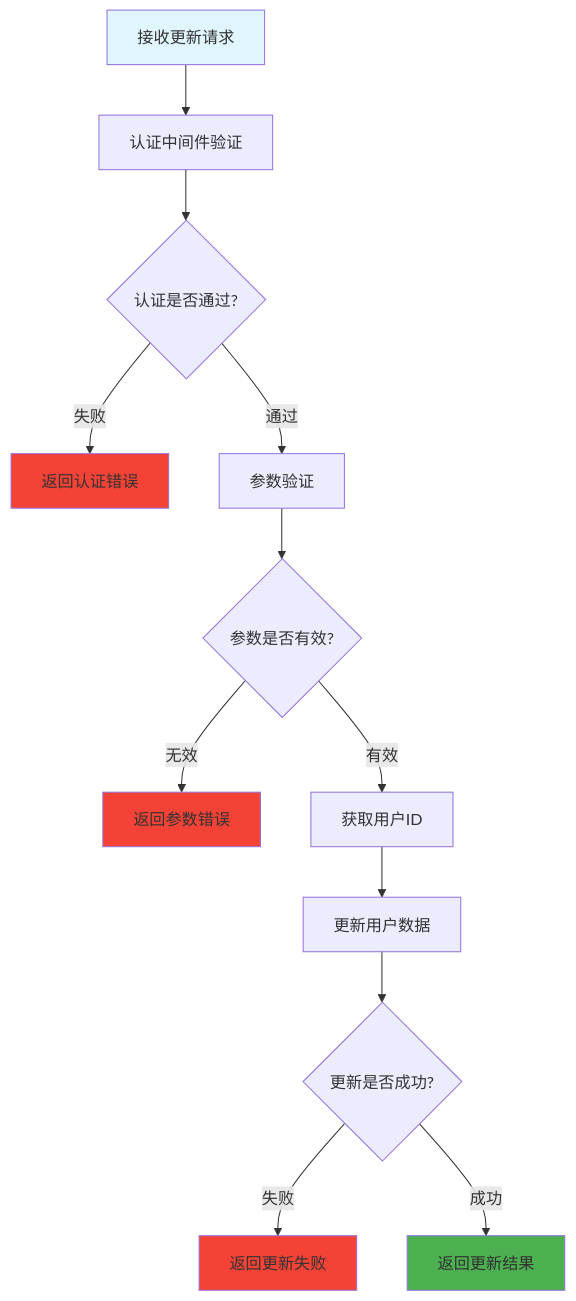
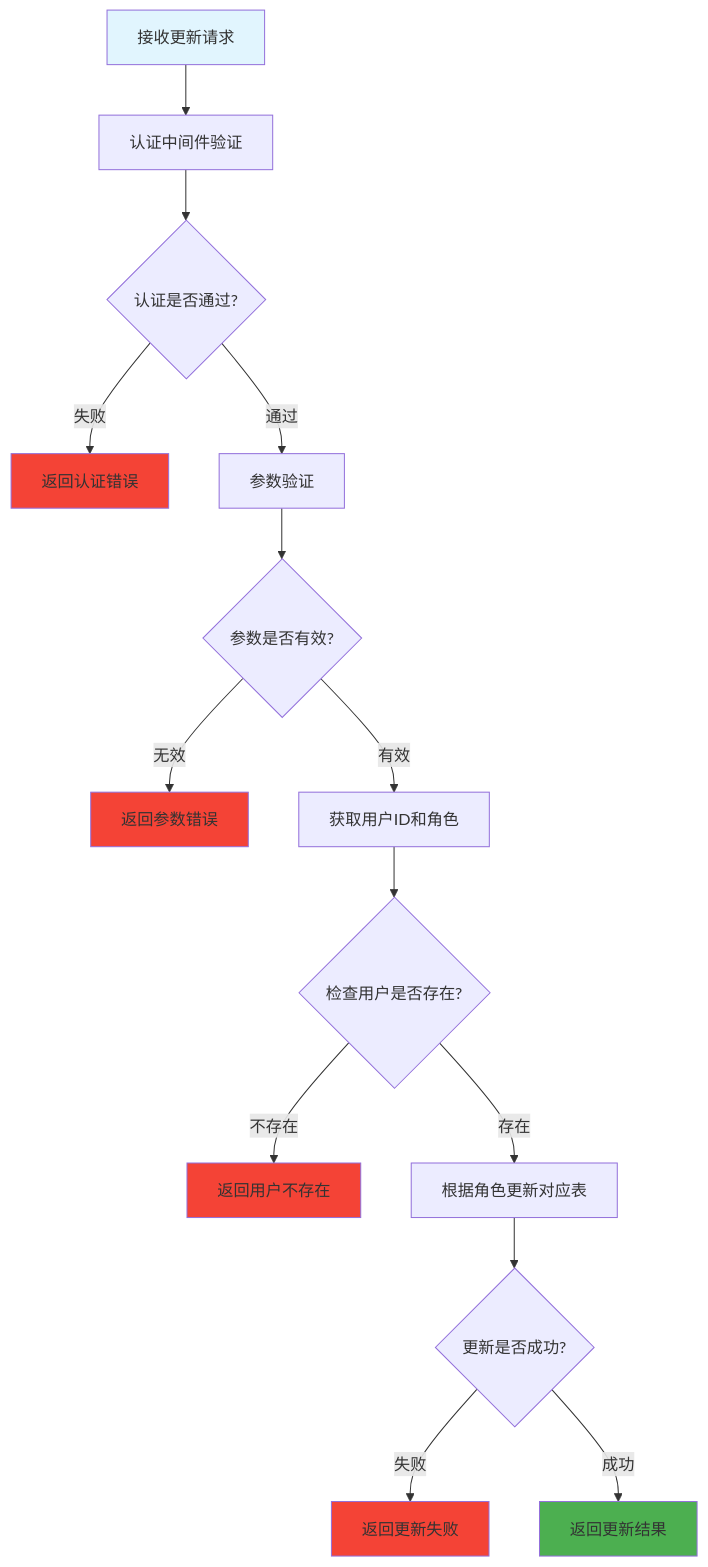
Before and after one commit to imatrixme/ikanyue: the diagram in ikanyue.mapi.hono/src/routes/user/update.js.md, drawn with Mermaid. The commit also changed other lines of this file and 10 other files, not shown here.

````diff
--- a/ikanyue.mapi.hono/src/routes/user/update.js.md
+++ b/ikanyue.mapi.hono/src/routes/user/update.js.md
@@ -9,20 +9,23 @@
 ```mermaid
 flowchart TD
     A[接收更新请求] --> B[认证中间件验证]
     B --> C{认证是否通过?}
     C -->|失败| D[返回认证错误]
     C -->|通过| E[参数验证]
     E --> F{参数是否有效?}
     F -->|无效| G[返回参数错误]
-    F -->|有效| H[获取用户ID]
-    H --> I[更新用户数据]
-    I --> J{更新是否成功?}
-    J -->|失败| K[返回更新失败]
-    J -->|成功| L[返回更新结果]
+    F -->|有效| H[获取用户ID和角色]
+    H --> I{检查用户是否存在?}
+    I -->|不存在| L2[返回用户不存在]
+    I -->|存在| J[根据角色更新对应表]
+    J --> K{更新是否成功?}
+    K -->|失败| L3[返回更新失败]
+    K -->|成功| L[返回更新结果]
 
     style A fill:#e1f5fe
     style L fill:#4caf50
     style D fill:#f44336
     style G fill:#f44336
-    style K fill:#f44336
+    style L2 fill:#f44336
+    style L3 fill:#f44336
 ```
````
